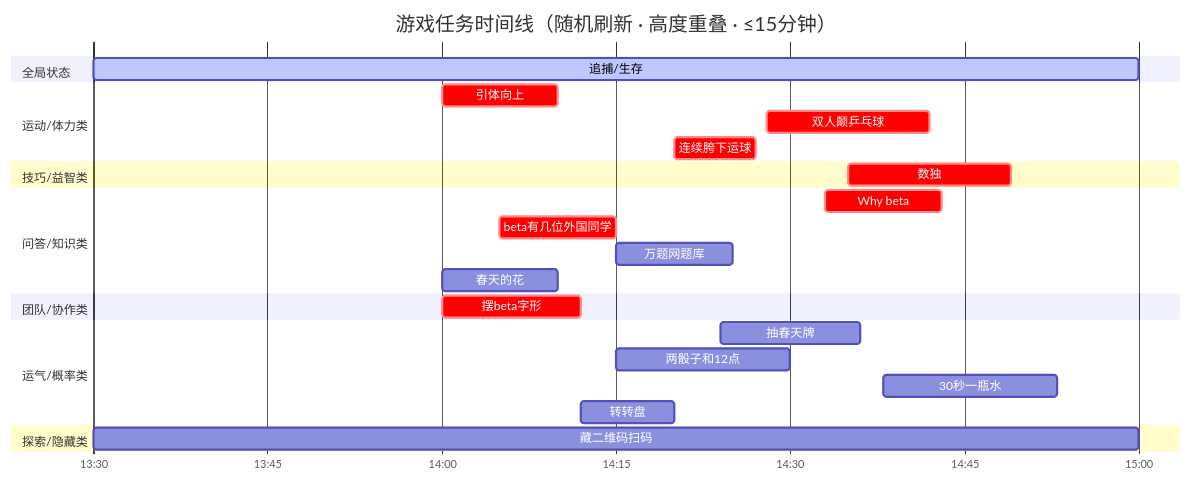
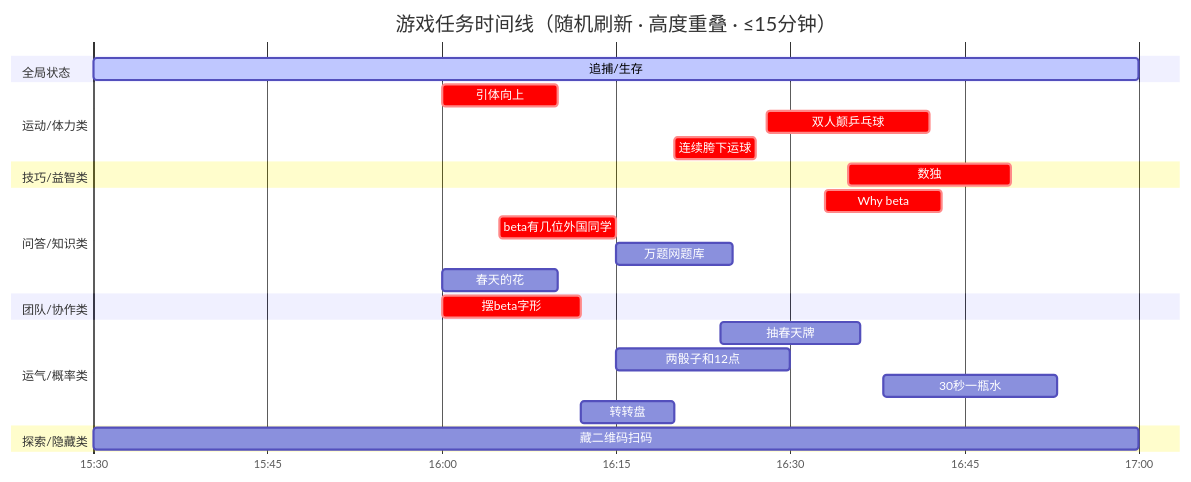
The first of 4 diagrams in 时间线.md (JieteXue/cats-vs-mice), drawn with Mermaid before and after one commit.

Commit message:
Update event times in 时间线.md
change 13:30-15:00 time to 15:30-17:00

````diff
--- a/时间线.md
+++ b/时间线.md
@@ -17,36 +17,36 @@
 ```mermaid
 gantt
     title 游戏任务时间线（随机刷新 · 高度重叠 · ≤15分钟）
     dateFormat HH:mm
     axisFormat %H:%M
 
     section 全局状态
-    追捕/生存 :active, 13:30, 90m
+    追捕/生存 :active, 15:30, 90m
 
     section 运动/体力类
-    引体向上            :crit, 14:00, 10m
-    双人颠乒乓球         :crit, 14:28, 14m
-    连续胯下运球   	  :crit, 14:20, 7m
+    引体向上            :crit, 16:00, 10m
+    双人颠乒乓球         :crit, 16:28, 14m
+    连续胯下运球   	  :crit, 16:20, 7m
 
     section 技巧/益智类
-    数独           :crit, 14:35, 14m
+    数独           :crit, 16:35, 14m
 
     section 问答/知识类
-    Why beta			:crit, 14:33, 10m
-    beta有几位外国同学     :crit, 14:05, 10m
-    万题网题库     		:14:15, 10m
-    春天的花       		:14:00, 10m
+    Why beta			:crit, 16:33, 10m
+    beta有几位外国同学     :crit, 16:05, 10m
+    万题网题库     		:16:15, 10m
+    春天的花       		:16:00, 10m
 
     section 团队/协作类
-    摆beta字形          :crit, 14:00, 12m
+    摆beta字形          :crit, 16:00, 12m
 
     section 运气/概率类
-    抽春天牌            :14:24, 12m
-    两骰子和12点        :14:15, 15m
-    30秒一瓶水          :14:38, 15m
-    转转盘              :14:12, 8m
+    抽春天牌            :16:24, 12m
+    两骰子和12点        :16:15, 15m
+    30秒一瓶水          :16:38, 15m
+    转转盘              :16:12, 8m
 
     section 探索/隐藏类
-    藏二维码扫码         :13:30, 90m
+    藏二维码扫码         :15:30, 90m
 
 ```
````
